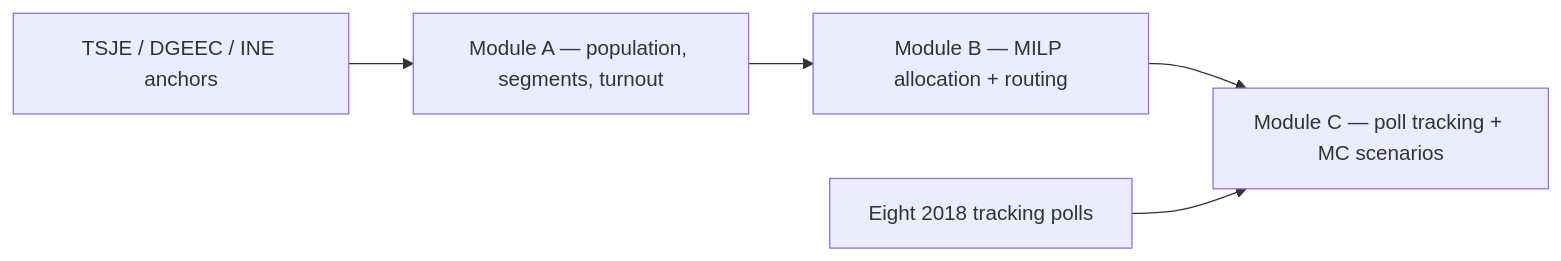
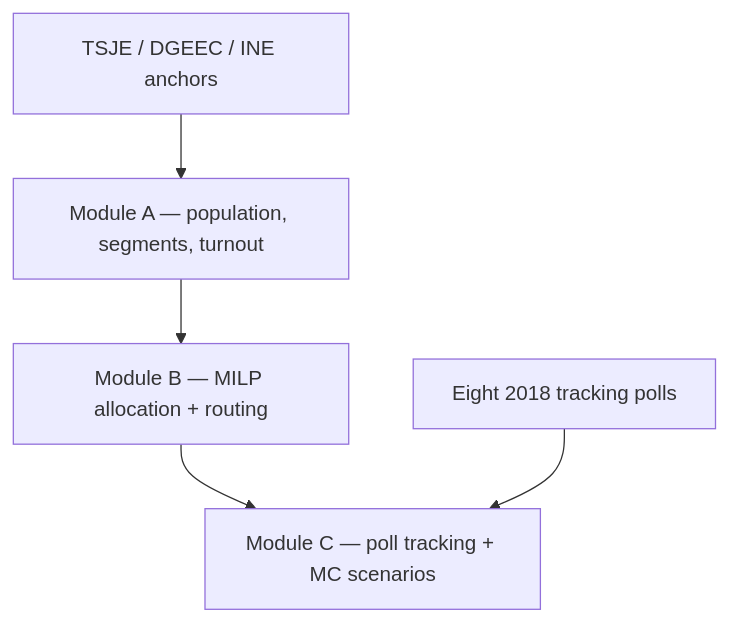
Before and after one commit to RafaelBraga-Kribitz/decision-analytics-reconstruction: the diagram in README.md, drawn with Mermaid.

Commit message:
README: render the architecture diagram top-down so it fits GitHub's column
GitHub renders a Mermaid block in a fixed-width box inside the README column: 783px at
a 1240px viewport, 838px at its widest, 309px on a phone. A wider graph is not clipped,
it is shrunk, and the node labels shrink with it.

Measured with Mermaid 11 at 783px: this diagram is 1206px in LR (scale 0.65) and 562px in
TD (full size). Direction is the only change — no node, edge, label or link is touched.

TD is not universally narrower: it runs the flow vertically but lays sibling subgraphs
out side by side, so a graph with several parallel subgraphs can be wider in TD than in
LR. This one was measured both ways.

````diff
--- a/README.md
+++ b/README.md
@@ -166,7 +166,7 @@
 ```mermaid
-flowchart LR
+flowchart TD
   A[Module A — population, segments, turnout] --> B[Module B — MILP allocation + routing]
   B --> C[Module C — poll tracking + MC scenarios]
   polls[Eight 2018 tracking polls] --> C
   anchors[TSJE / DGEEC / INE anchors] --> A
 ```
````
